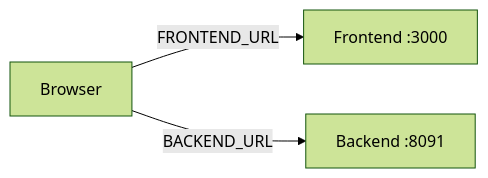
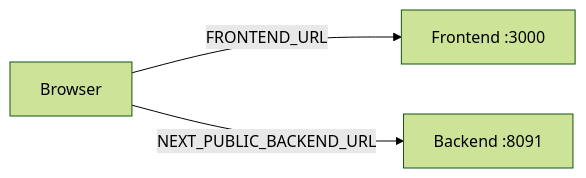
The third of 3 diagrams in doc/getting-started.md (Ketbome/minepanel), drawn with Mermaid (forest theme) before and after one commit. The commit also changed 7 other files, not shown here.

Commit message:
docs: address review on the admin reset SQL, token lifetime, CI wording, imports and diagrams

````diff
--- a/doc/getting-started.md
+++ b/doc/getting-started.md
@@ -101,5 +101,5 @@
 ```mermaid
 flowchart LR
     B["Browser"] -->|"FRONTEND_URL"| F["Frontend :3000"]
-    B -->|"BACKEND_URL"| API["Backend :8091"]
+    B -->|"NEXT_PUBLIC_BACKEND_URL"| API["Backend :8091"]
 ```
````
